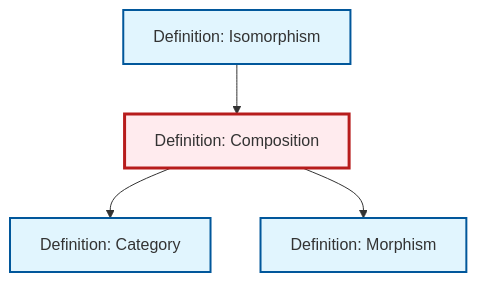
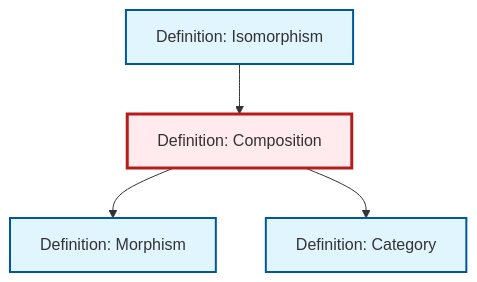
Before and after one commit to RK0429/ModernMath: the diagram in content/en/category-theory/def-composition.qmd, drawn with Mermaid. The commit also changed other lines of this file and 474 other files, not shown here.

````diff
--- a/content/en/category-theory/def-composition.qmd
+++ b/content/en/category-theory/def-composition.qmd
@@ -92,20 +92,20 @@
 ```{mermaid}
 %%| fig-cap: "Local dependency graph"
 graph TD
     classDef definition fill:#e1f5fe,stroke:#01579b,stroke-width:2px
     classDef theorem fill:#f3e5f5,stroke:#4a148c,stroke-width:2px
     classDef axiom fill:#fff3e0,stroke:#e65100,stroke-width:2px
     classDef example fill:#e8f5e9,stroke:#1b5e20,stroke-width:2px
     classDef current fill:#ffebee,stroke:#b71c1c,stroke-width:3px
+    def-isomorphism["Definition: Isomorphism"]:::definition
+    def-category["Definition: Category"]:::definition
+    def-composition["Definition: Composition"]:::definition
     def-morphism["Definition: Morphism"]:::definition
-    def-isomorphism["Definition: Isomorphism"]:::definition
-    def-composition["Definition: Composition"]:::definition
-    def-category["Definition: Category"]:::definition
+    def-composition --> def-morphism
     def-isomorphism --> def-composition
     def-composition --> def-category
-    def-composition --> def-morphism
     class def-composition current
-    click def-morphism "def-morphism.html" "Go to Morphism definition"
     click def-isomorphism "def-isomorphism.html" "Go to Isomorphism definition"
     click def-category "def-category.html" "Go to Category definition"
+    click def-morphism "def-morphism.html" "Go to Morphism definition"
 ```
````
